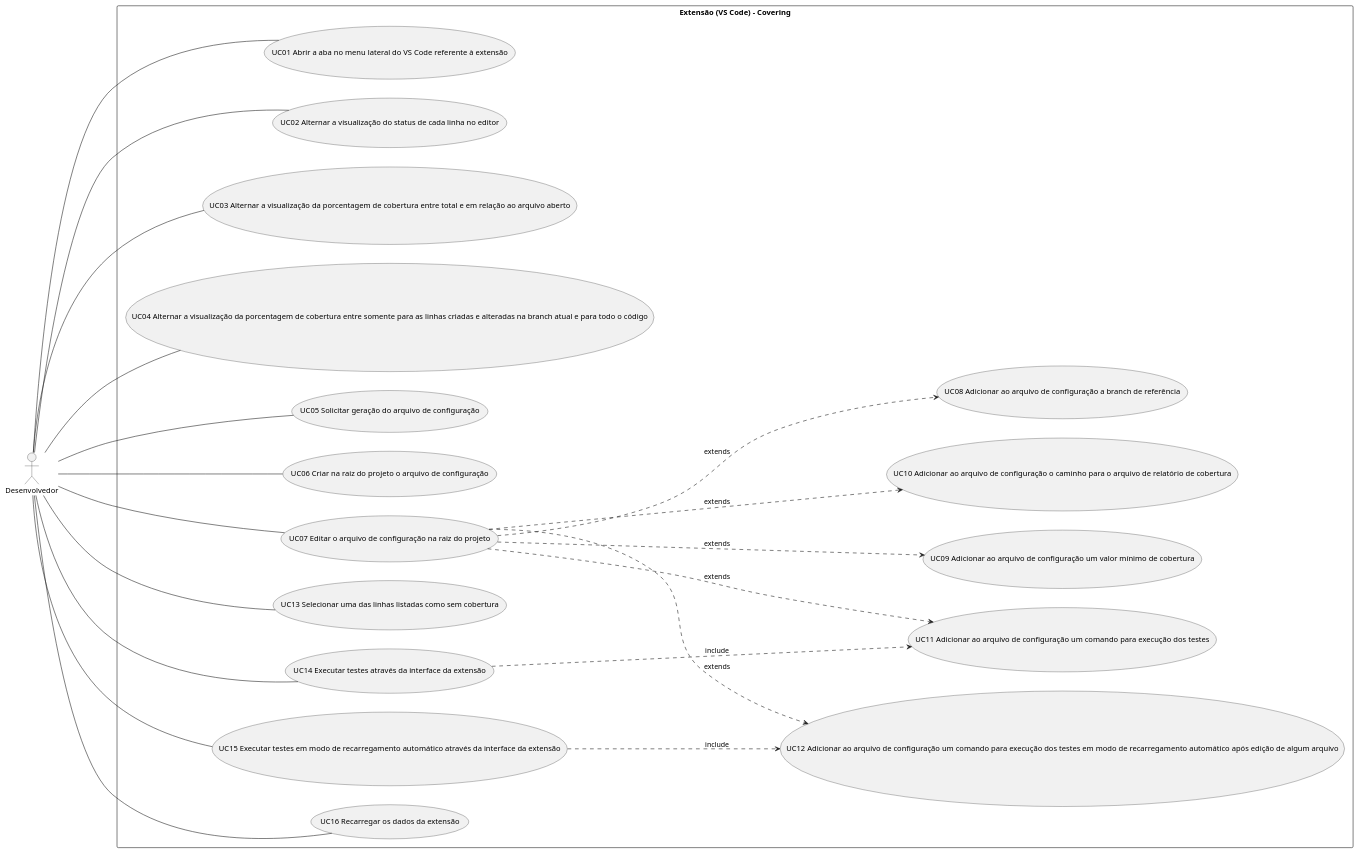
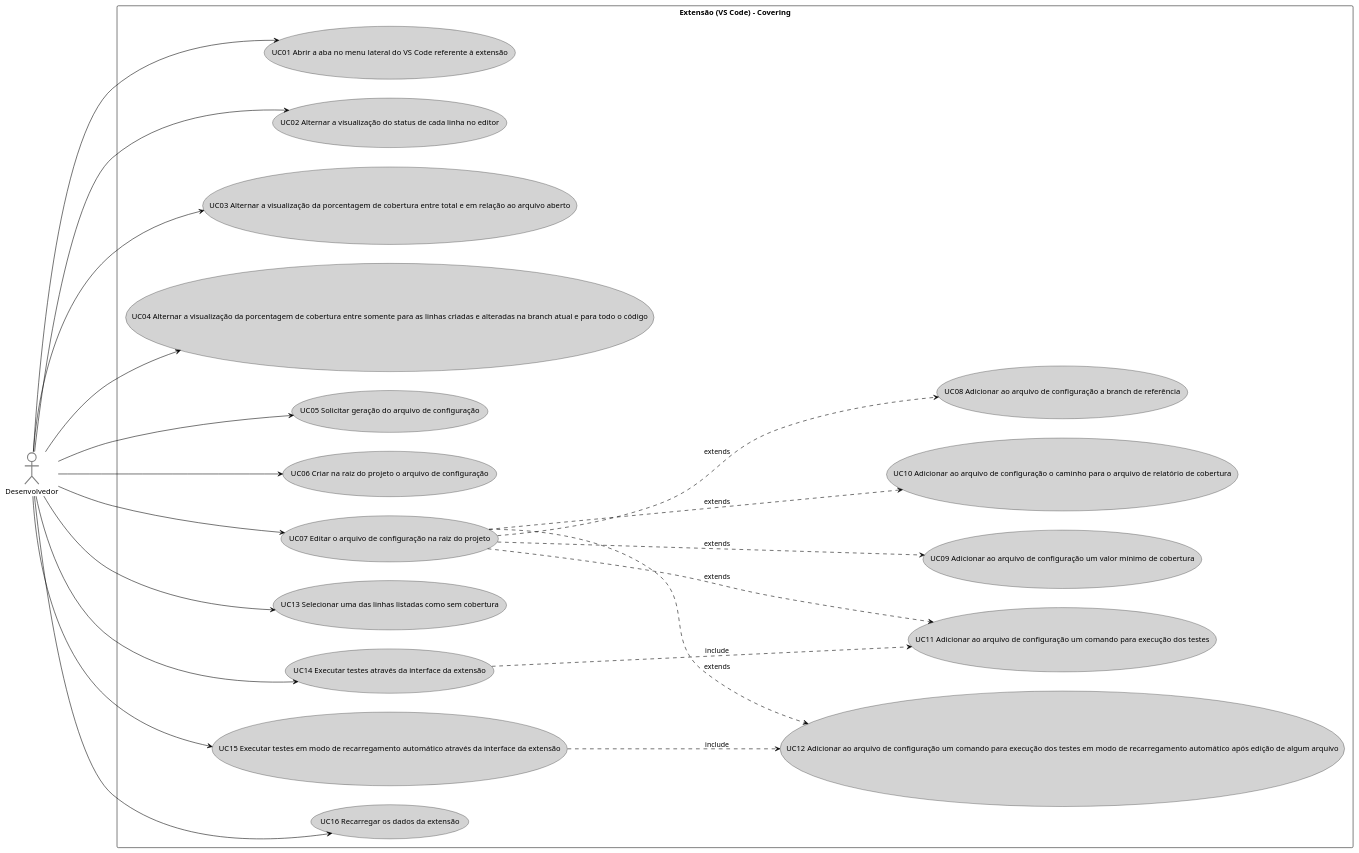
Before and after one commit to ICEI-PUC-Minas-PPLES-TI/plf-es-2022-1-tcci-5308100-dev-arthur-rocha-guilherme-oliveira: the diagram in Artefatos/Diagrama de Caso de Uso/user-case-diagram.plantuml, drawn with PlantUML. The commit also changed 2 other files, not shown here.

Commit message:
docs: updating user case diagram style

```diff
--- a/Artefatos/Diagrama de Caso de Uso/user-case-diagram.plantuml
+++ b/Artefatos/Diagrama de Caso de Uso/user-case-diagram.plantuml
@@ -1,60 +1,59 @@
 @startuml
 
 left to right direction
 skinparam packageStyle rectangle
 
-
-"Desenvolvedor" as Dev
+"Desenvolvedor" as Dev #white;line:grey;line.bold;text:black
 
 package "Extensão (VS Code) - Covering" {
-  "UC01 Abrir a aba no menu lateral do VS Code referente à extensão" as (UC01)
+  "UC01 Abrir a aba no menu lateral do VS Code referente à extensão" as (UC01) #LightGray;line:black;text:black
   
-  "UC02 Alternar a visualização do status de cada linha no editor" as (UC02)
-  "UC03 Alternar a visualização da porcentagem de cobertura entre total e em relação ao arquivo aberto" as (UC03)
-  "UC04 Alternar a visualização da porcentagem de cobertura entre somente para as linhas criadas e alteradas na branch atual e para todo o código" as (UC04)
+  "UC02 Alternar a visualização do status de cada linha no editor" as (UC02) #LightGray;line:black;text:black
+  "UC03 Alternar a visualização da porcentagem de cobertura entre total e em relação ao arquivo aberto" as (UC03) #LightGray;line:black;text:black
+  "UC04 Alternar a visualização da porcentagem de cobertura entre somente para as linhas criadas e alteradas na branch atual e para todo o código" as (UC04) #LightGray;line:black;text:black
   
-  "UC05 Solicitar geração do arquivo de configuração" as (UC05)
-  "UC06 Criar na raiz do projeto o arquivo de configuração" as (UC06)
-  "UC07 Editar o arquivo de configuração na raiz do projeto" as (UC07)
+  "UC05 Solicitar geração do arquivo de configuração" as (UC05) #LightGray;line:black;text:black
+  "UC06 Criar na raiz do projeto o arquivo de configuração" as (UC06) #LightGray;line:black;text:black
+  "UC07 Editar o arquivo de configuração na raiz do projeto" as (UC07) #LightGray;line:black;text:black
   
-  "UC08 Adicionar ao arquivo de configuração a branch de referência" as (UC08)
-  "UC09 Adicionar ao arquivo de configuração um valor mínimo de cobertura" as (UC09)
-  "UC10 Adicionar ao arquivo de configuração o caminho para o arquivo de relatório de cobertura" as (UC10)
-  "UC11 Adicionar ao arquivo de configuração um comando para execução dos testes" as (UC11)
-  "UC12 Adicionar ao arquivo de configuração um comando para execução dos testes em modo de recarregamento automático após edição de algum arquivo" as (UC12)
+  "UC08 Adicionar ao arquivo de configuração a branch de referência" as (UC08) #LightGray;line:black;text:black
+  "UC09 Adicionar ao arquivo de configuração um valor mínimo de cobertura" as (UC09) #LightGray;line:black;text:black
+  "UC10 Adicionar ao arquivo de configuração o caminho para o arquivo de relatório de cobertura" as (UC10) #LightGray;line:black;text:black
+  "UC11 Adicionar ao arquivo de configuração um comando para execução dos testes" as (UC11) #LightGray;line:black;text:black
+  "UC12 Adicionar ao arquivo de configuração um comando para execução dos testes em modo de recarregamento automático após edição de algum arquivo" as (UC12) #LightGray;line:black;text:black
   
-  "UC13 Selecionar uma das linhas listadas como sem cobertura" as (UC13)
+  "UC13 Selecionar uma das linhas listadas como sem cobertura" as (UC13) #LightGray;line:black;text:black
 
-  "UC14 Executar testes através da interface da extensão" as (UC14)
-  "UC15 Executar testes em modo de recarregamento automático através da interface da extensão" as (UC15)
+  "UC14 Executar testes através da interface da extensão" as (UC14) #LightGray;line:black;text:black
+  "UC15 Executar testes em modo de recarregamento automático através da interface da extensão" as (UC15) #LightGray;line:black;text:black
 
-  "UC16 Recarregar os dados da extensão" as (UC16)
+  "UC16 Recarregar os dados da extensão" as (UC16) #LightGray;line:black;text:black
 }
  
-Dev --- (UC01) 
+Dev ---> (UC01) #line:black
 
-Dev --- (UC02) 
-Dev --- (UC03) 
-Dev --- (UC04)
+Dev ---> (UC02) #line:black
+Dev ---> (UC03) #line:black
+Dev ---> (UC04) #line:black
 
-Dev --- (UC05) 
-Dev --- (UC06) 
-Dev --- (UC07) 
+Dev ---> (UC05) #line:black
+Dev ---> (UC06) #line:black
+Dev ---> (UC07) #line:black
 
-(UC07) ..down..> (UC08) : extends
-(UC07) ..down..> (UC09) : extends
-(UC07) ..down..> (UC10) : extends
-(UC07) ..down..> (UC11) : extends
-(UC07) ..down..> (UC12) : extends
+(UC07) ..down..> (UC08) #line:black : extends 
+(UC07) ..down..> (UC09) #line:black : extends 
+(UC07) ..down..> (UC10) #line:black : extends 
+(UC07) ..down..> (UC11) #line:black : extends 
+(UC07) ..down..> (UC12) #line:black : extends 
  
  
-Dev --- (UC13) 
+Dev ---> (UC13) #line:black
  
-Dev --- (UC14) 
-Dev --- (UC15) 
-(UC14) ..down..> (UC11) : include 
-(UC15) ..down..> (UC12) : include 
+Dev ---> (UC14) #line:black
+Dev ---> (UC15) #line:black
+(UC14) ..down..> (UC11) #line:black : include  
+(UC15) ..down..> (UC12) #line:black : include 
  
-Dev --- (UC16) 
+Dev ---> (UC16) #line:black
  
 @enduml
```
